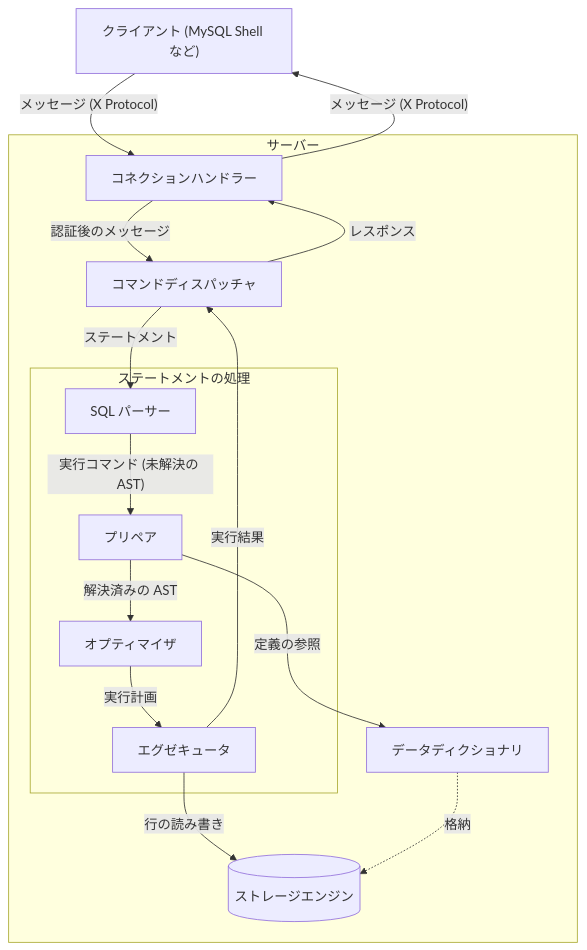
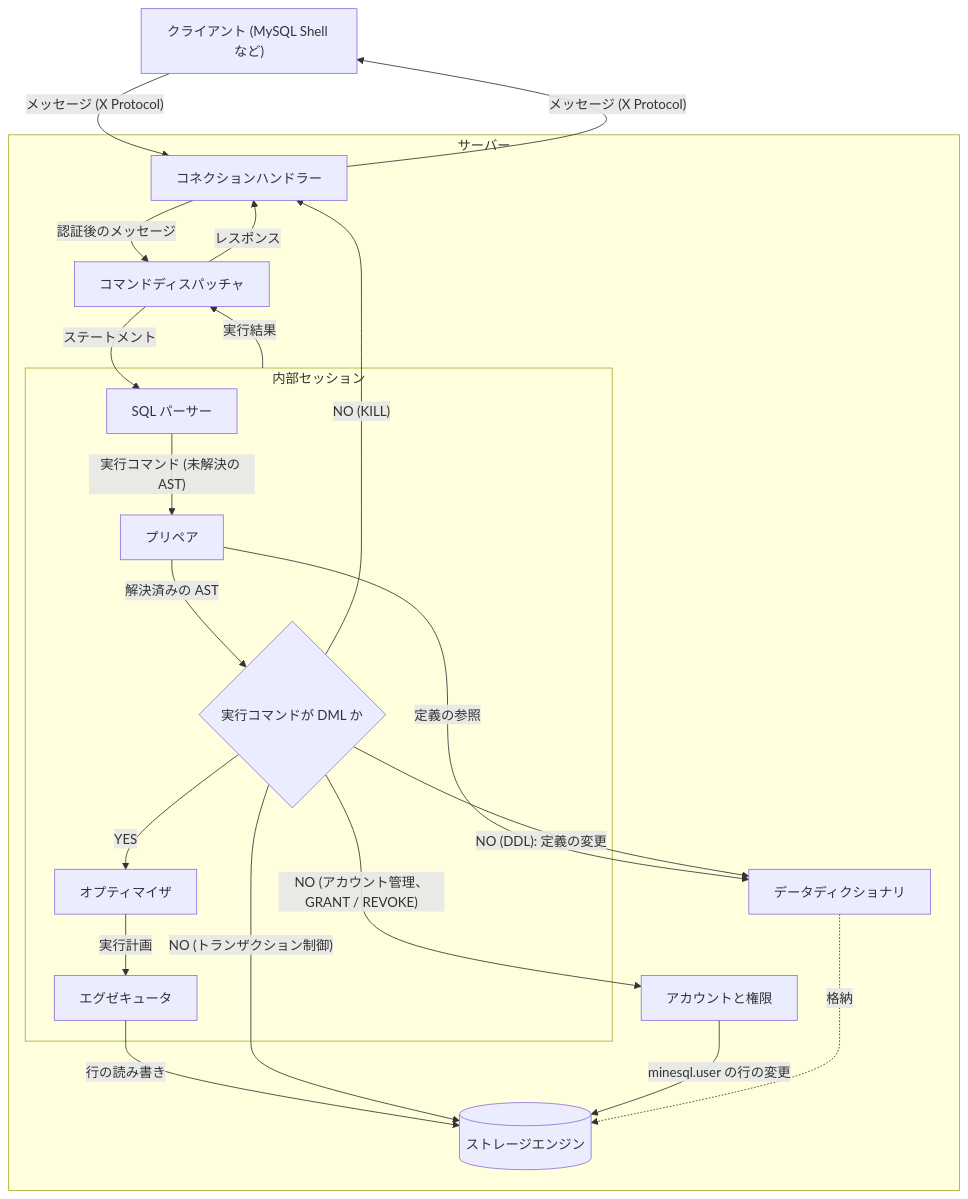
Before and after one commit to ren-yamanashi/minesql: the diagram in docs/specification/README.md, drawn with Mermaid. The commit also changed other lines of this file and 12 other files, not shown here.

````diff
--- a/docs/specification/README.md
+++ b/docs/specification/README.md
@@ -7,32 +7,40 @@
 ```mermaid
 flowchart TB
     client["クライアント (MySQL Shell など)"]
 
     subgraph server["サーバー"]
         conn["コネクションハンドラー"]
         dispatcher["コマンドディスパッチャ"]
 
-        subgraph sqlproc["ステートメントの処理"]
+        subgraph session["内部セッション"]
             parser["SQL パーサー"]
             prepare["プリペア"]
+            exec{"実行コマンドが DML か"}
             optimizer["オプティマイザ"]
             executor["エグゼキュータ"]
         end
 
         dict["データディクショナリ"]
+        account["アカウントと権限"]
         engine[("ストレージエンジン")]
     end
 
     client -->|"メッセージ (X Protocol)"| conn
     conn -->|"認証後のメッセージ"| dispatcher
     dispatcher -->|"ステートメント"| parser
     parser -->|"実行コマンド (未解決の AST)"| prepare
-    prepare -->|"解決済みの AST"| optimizer
     prepare -->|"定義の参照"| dict
+    prepare -->|"解決済みの AST"| exec
+    exec -- "YES" --> optimizer
     optimizer -->|"実行計画"| executor
     executor -->|"行の読み書き"| engine
-    executor -->|"実行結果"| dispatcher
+    exec -- "NO (DDL): 定義の変更" --> dict
+    exec -- "NO (トランザクション制御)" --> engine
+    exec -- "NO (KILL)" --> conn
+    exec -- "NO (アカウント管理、GRANT / REVOKE)" --> account
+    account -->|"minesql.user の行の変更"| engine
+    session -->|"実行結果"| dispatcher
     dispatcher -->|"レスポンス"| conn
     conn -->|"メッセージ (X Protocol)"| client
     dict -.->|"格納"| engine
 ```
````
